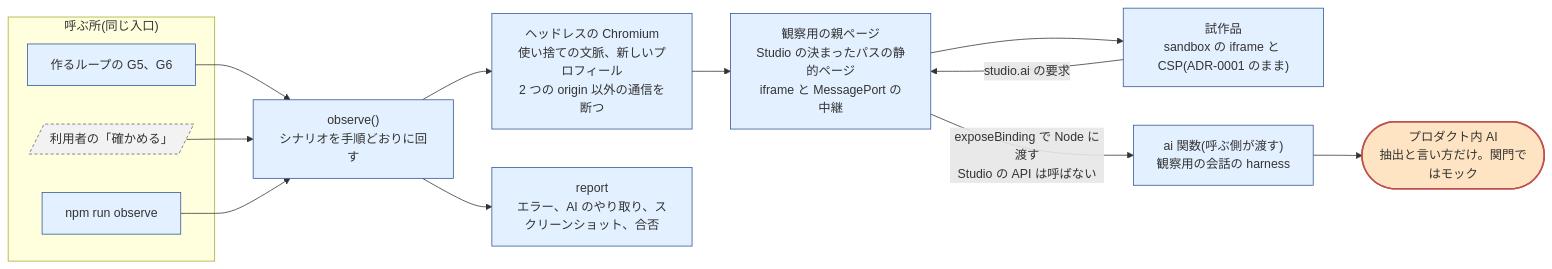
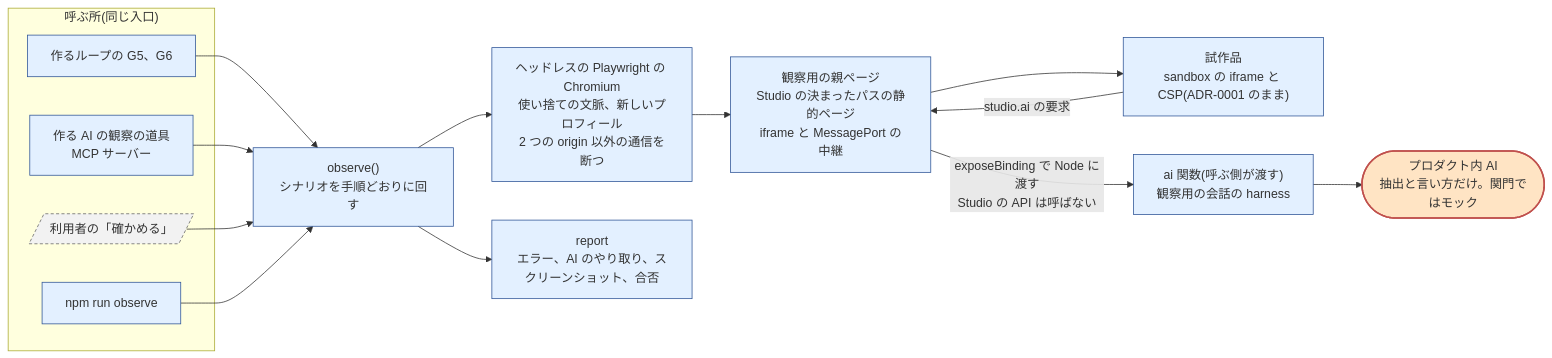
One commit to jyoka/agent-prototype-studio changed the second of 5 diagrams in docs/design/harness.md. Above: the diagram before and after it, drawn with Mermaid. The commit also changed other lines of this file and 2 other files, not shown here.

````diff
--- a/docs/design/harness.md
+++ b/docs/design/harness.md
@@ -181,22 +184,24 @@
 ```mermaid
 flowchart LR
   classDef model fill:#ffe4c4,stroke:#c0504d,stroke-width:2px
   classDef code fill:#e3f0ff,stroke:#2f5597
   classDef human fill:#f2f2f2,stroke:#666,stroke-dasharray:4 3
 
   subgraph callers["呼ぶ所(同じ入口)"]
     L["作るループの G5、G6"]:::code
+    MCP["作る AI の観察の道具<br/>MCP サーバー"]:::code
     HU[/"利用者の「確かめる」"/]:::human
     CLI["npm run observe"]:::code
   end
   L --> O
+  MCP --> O
   HU --> O
   CLI --> O
-  O["observe()<br/>シナリオを手順どおりに回す"]:::code --> BR["ヘッドレスの Chromium<br/>使い捨ての文脈、新しいプロフィール<br/>2 つの origin 以外の通信を断つ"]:::code
+  O["observe()<br/>シナリオを手順どおりに回す"]:::code --> BR["ヘッドレスの Playwright の Chromium<br/>使い捨ての文脈、新しいプロフィール<br/>2 つの origin 以外の通信を断つ"]:::code
   BR --> HP["観察用の親ページ<br/>Studio の決まったパスの静的ページ<br/>iframe と MessagePort の中継"]:::code
   HP --> IF["試作品<br/>sandbox の iframe と CSP(ADR-0001 のまま)"]:::code
   IF -- "studio.ai の要求" --> HP
   HP -- "exposeBinding で Node に渡す<br/>Studio の API は呼ばない" --> AIH["ai 関数(呼ぶ側が渡す)<br/>観察用の会話の harness"]:::code
   AIH --> PA(["プロダクト内 AI<br/>抽出と言い方だけ。関門ではモック"]):::model
   O --> R["report<br/>エラー、AI のやり取り、スクリーンショット、合否"]:::code
 ```
````
